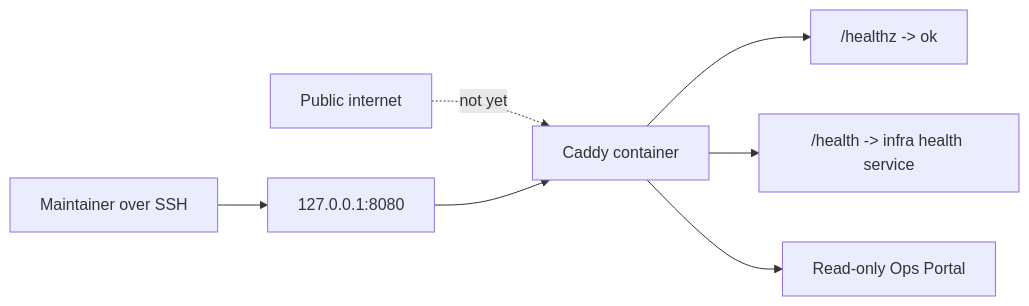
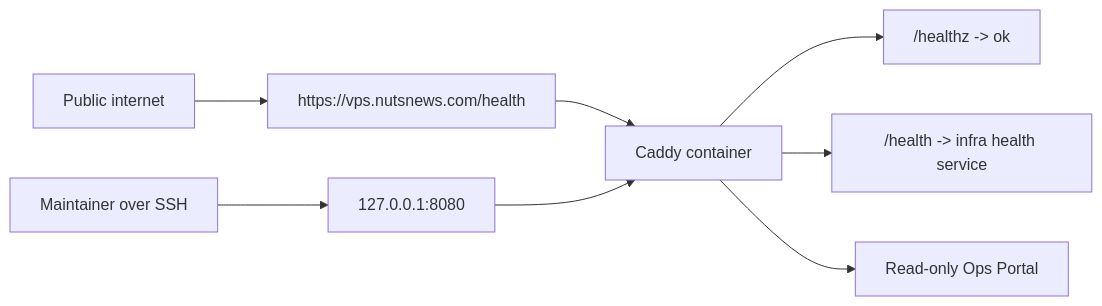
One commit to ramideltoro/nutsnews-docs changed the third of 3 diagrams in NUTSNEWS_VPS_SERVICE_FOUNDATION.md. Above: the diagram before and after it, drawn with Mermaid. The commit also changed other lines of this file and 1 other file, not shown here.

Commit message:
Document public VPS health route

````diff
--- a/NUTSNEWS_VPS_SERVICE_FOUNDATION.md
+++ b/NUTSNEWS_VPS_SERVICE_FOUNDATION.md
@@ -97,9 +100,10 @@
 ```mermaid
 flowchart LR
-  public["Public internet"] -. "not yet" .-> caddy["Caddy container"]
+  public["Public internet"] --> publicHealth["https://vps.nutsnews.com/health"]
+  publicHealth --> caddy["Caddy container"]
   maintainer["Maintainer over SSH"] --> loopback["127.0.0.1:8080"]
   loopback --> caddy
   caddy --> health["/healthz -> ok"]
   caddy --> infraHealth["/health -> infra health service"]
   caddy --> portal["Read-only Ops Portal"]
 ```
````
